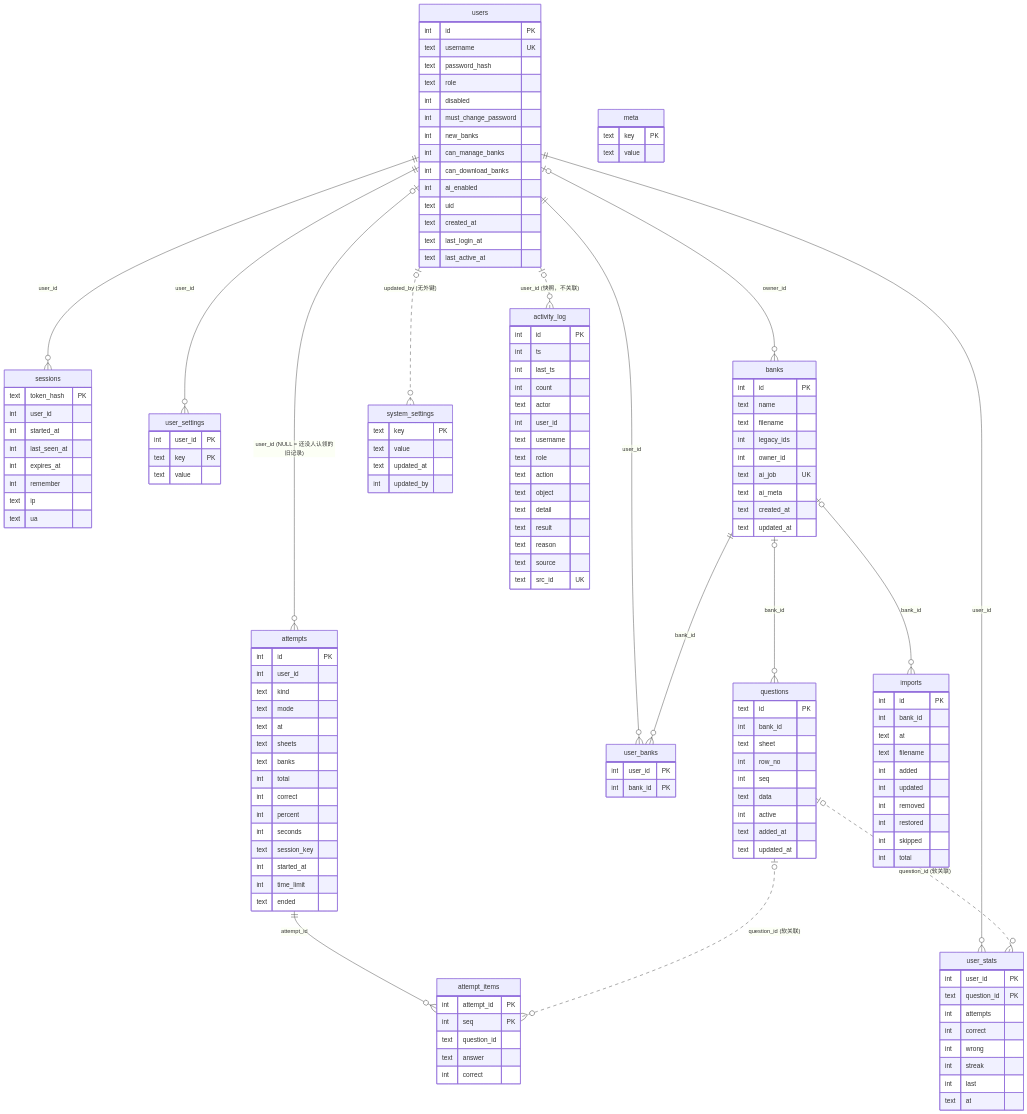
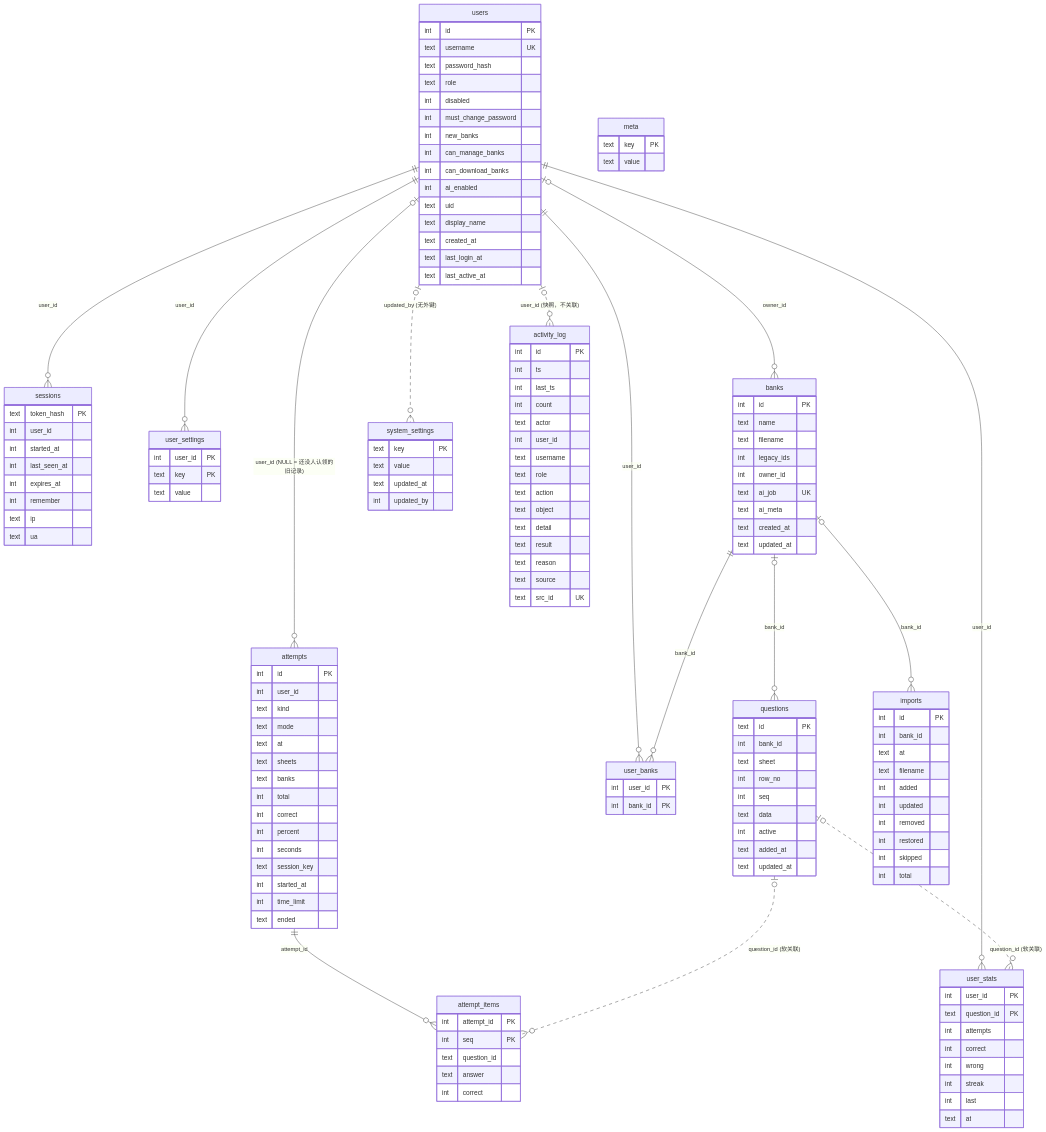
One commit to Yumin-Space/xexam changed the third of 4 diagrams in docs/zh-CN/database.md. Above: the diagram before and after it, drawn with Mermaid. The commit also changed other lines of this file and 330 other files, not shown here.

```diff
--- a/docs/zh-CN/database.md
+++ b/docs/zh-CN/database.md
@@ -798,6 +826,7 @@
     int can_download_banks
     int ai_enabled
     text uid
+    text display_name
     text created_at
     text last_login_at
     text last_active_at
```
